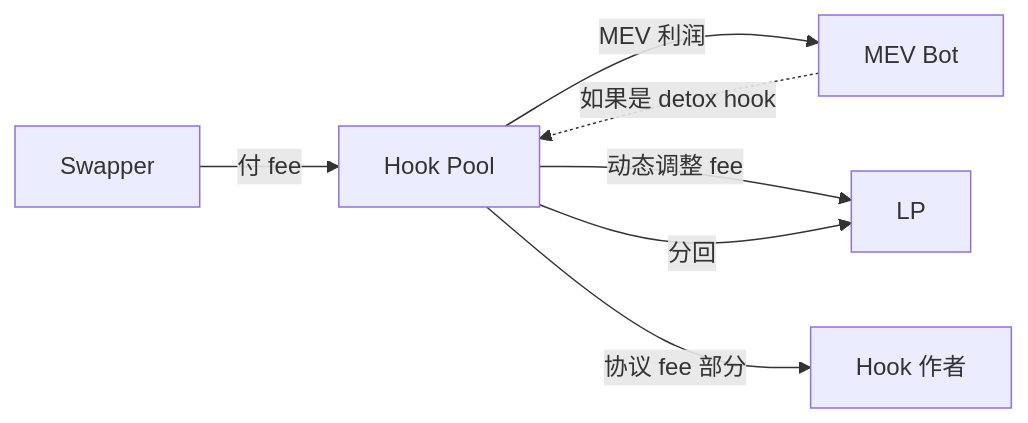
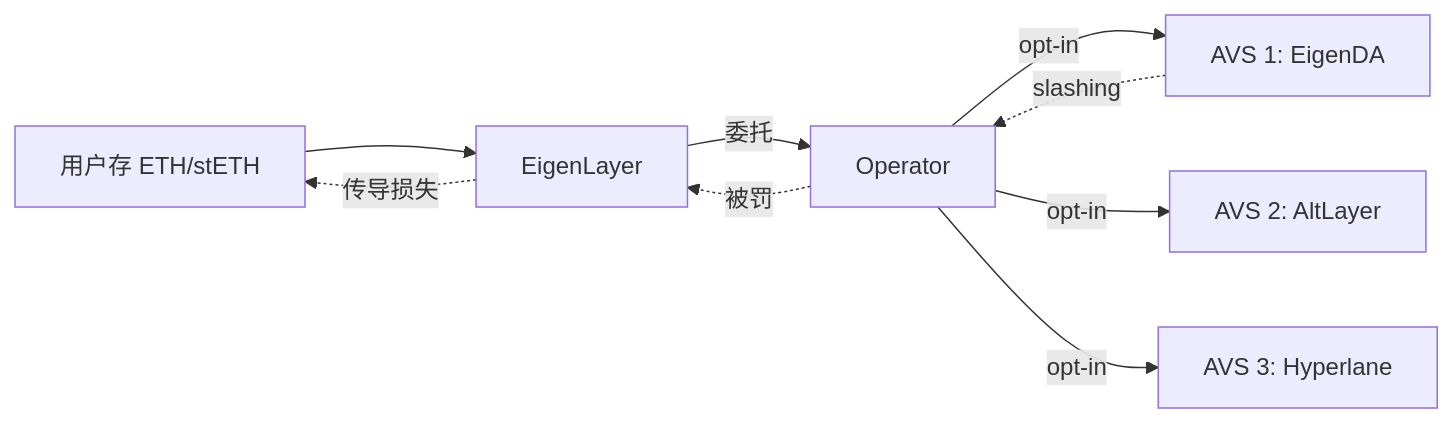
Before and after one commit to ChuwuYo/misc-files: diagram 14 of 20 in web3-engineer-guide/06-DeFi协议工程/README.md, drawn with Mermaid. The commit also changed other lines of this file and 211 other files, not shown here.

````diff
--- a/web3-engineer-guide/06-DeFi协议工程/README.md
+++ b/web3-engineer-guide/06-DeFi协议工程/README.md
@@ -1122,9 +1179,11 @@
 ```mermaid
 flowchart LR
-    U[Swapper] -->|付 fee| H[Hook Pool]
-    H -->|MEV 利润| MEV[MEV Bot]
-    H -->|动态调整 fee| LP[LP]
-    MEV -.如果是 detox hook.-> H
-    H -->|分回| LP
-    H -->|协议 fee 部分| Hook作者[Hook 作者]
+    U[用户存 ETH/stETH] --> E[EigenLayer]
+    E -->|委托| O[Operator]
+    O -->|opt-in| AVS1[AVS 1: EigenDA]
+    O -->|opt-in| AVS2[AVS 2: AltLayer]
+    O -->|opt-in| AVS3[AVS 3: Hyperlane]
+    AVS1 -.slashing.-> O
+    O -.被罚.-> E
+    E -.传导损失.-> U
 ```
````
